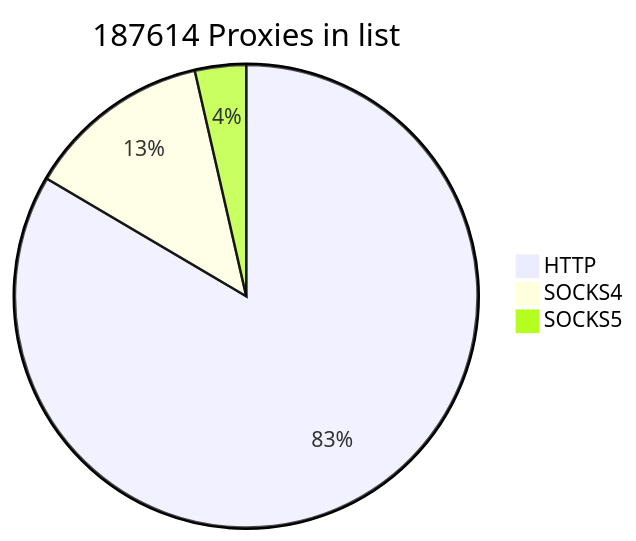
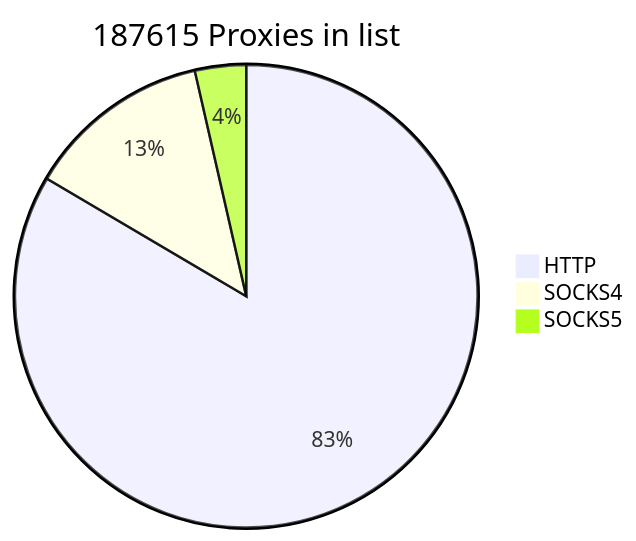
The first of 2 diagrams in README.md (cutipu/proxylist), drawn with Mermaid before and after one commit. The commit also changed other lines of this file, not shown here.

````diff
--- a/README.md
+++ b/README.md
@@ -2,7 +2,7 @@
 ```mermaid
-pie title 187614 Proxies in list
+pie title 187615 Proxies in list
     "HTTP" : 156622
-    "SOCKS4" : 24288
+    "SOCKS4" : 24289
     "SOCKS5" : 6704
             
 ```
````
